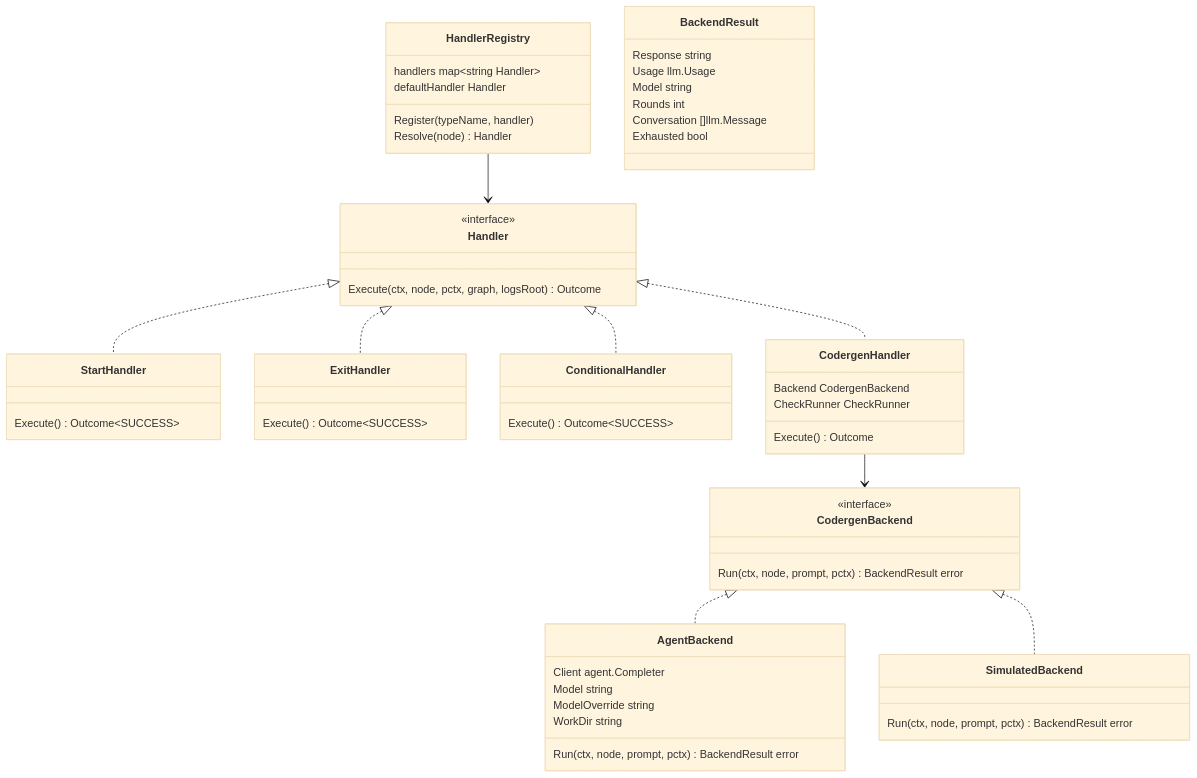
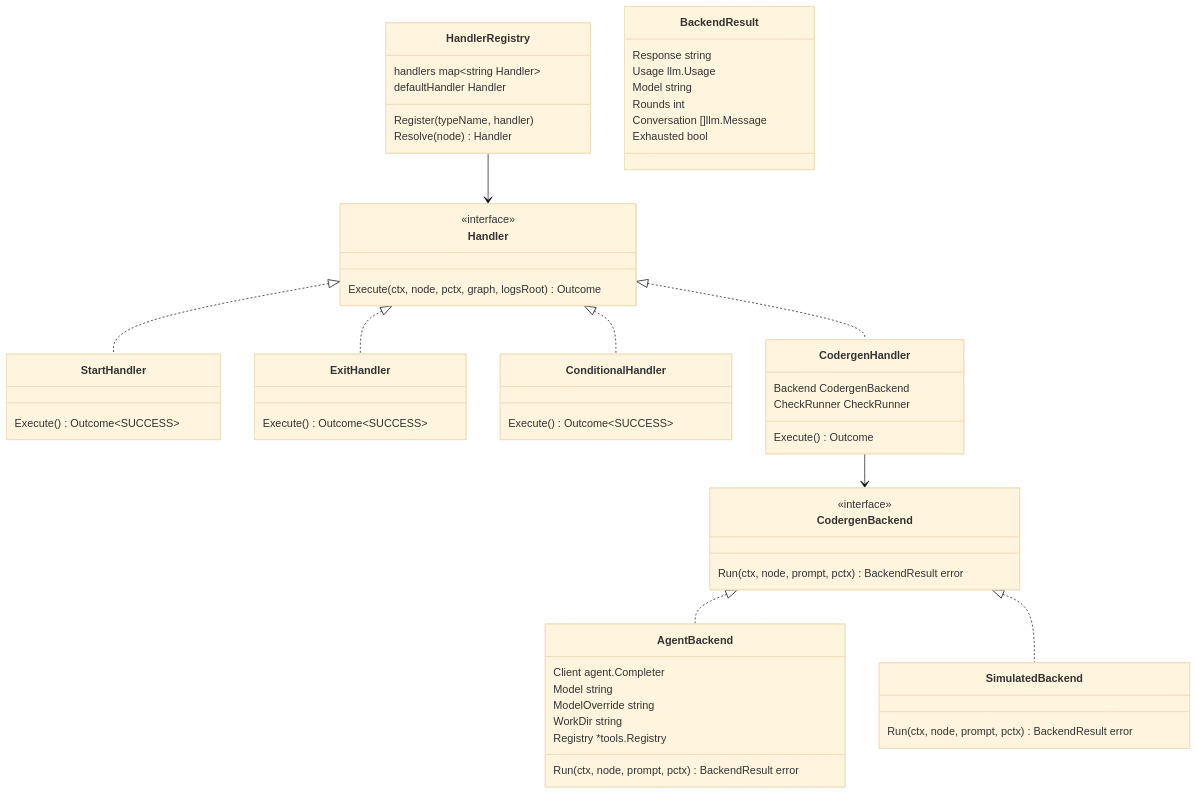
The eighth of 11 diagrams in docs/architecture.md (campallison/attractor), drawn with Mermaid (base theme) before and after one commit. The commit also changed other lines of this file and 11 other files, not shown here.

````diff
--- a/docs/architecture.md
+++ b/docs/architecture.md
@@ -409,67 +414,68 @@
 ```mermaid
 classDiagram
     class Handler {
         <<interface>>
         Execute(ctx, node, pctx, graph, logsRoot) Outcome
     }
 
     class HandlerRegistry {
         handlers map~string Handler~
         defaultHandler Handler
         Register(typeName, handler)
         Resolve(node) Handler
     }
 
     class StartHandler {
         Execute() Outcome~SUCCESS~
     }
 
     class ExitHandler {
         Execute() Outcome~SUCCESS~
     }
 
     class ConditionalHandler {
         Execute() Outcome~SUCCESS~
     }
 
     class CodergenHandler {
         Backend CodergenBackend
         CheckRunner CheckRunner
         Execute() Outcome
     }
 
     class BackendResult {
         Response string
         Usage llm.Usage
         Model string
         Rounds int
         Conversation []llm.Message
         Exhausted bool
     }
 
     class CodergenBackend {
         <<interface>>
         Run(ctx, node, prompt, pctx) BackendResult error
     }
 
     class AgentBackend {
         Client agent.Completer
         Model string
         ModelOverride string
         WorkDir string
+        Registry *tools.Registry
         Run(ctx, node, prompt, pctx) BackendResult error
     }
 
     class SimulatedBackend {
         Run(ctx, node, prompt, pctx) BackendResult error
     }
 
     Handler <|.. StartHandler
     Handler <|.. ExitHandler
     Handler <|.. ConditionalHandler
     Handler <|.. CodergenHandler
     CodergenBackend <|.. AgentBackend
     CodergenBackend <|.. SimulatedBackend
     CodergenHandler --> CodergenBackend
     HandlerRegistry --> Handler
 ```
````
